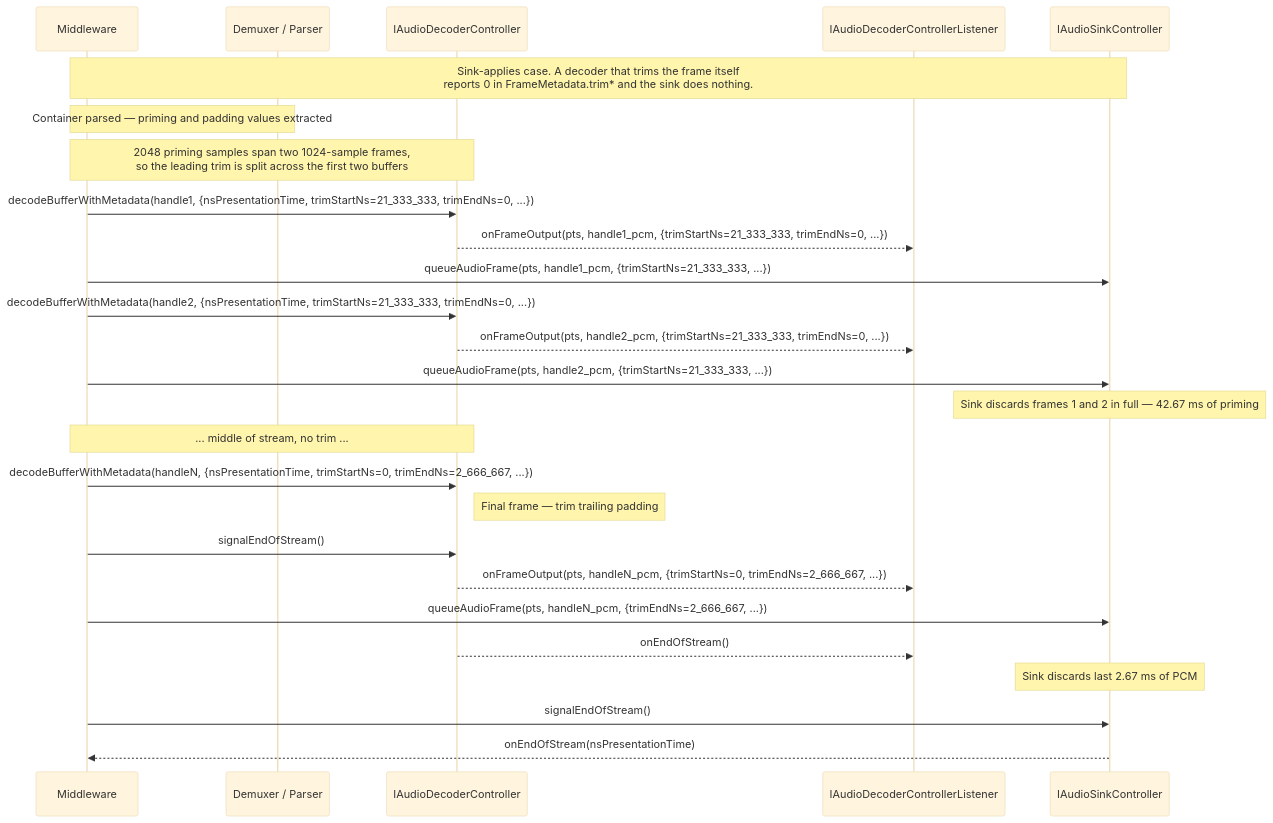
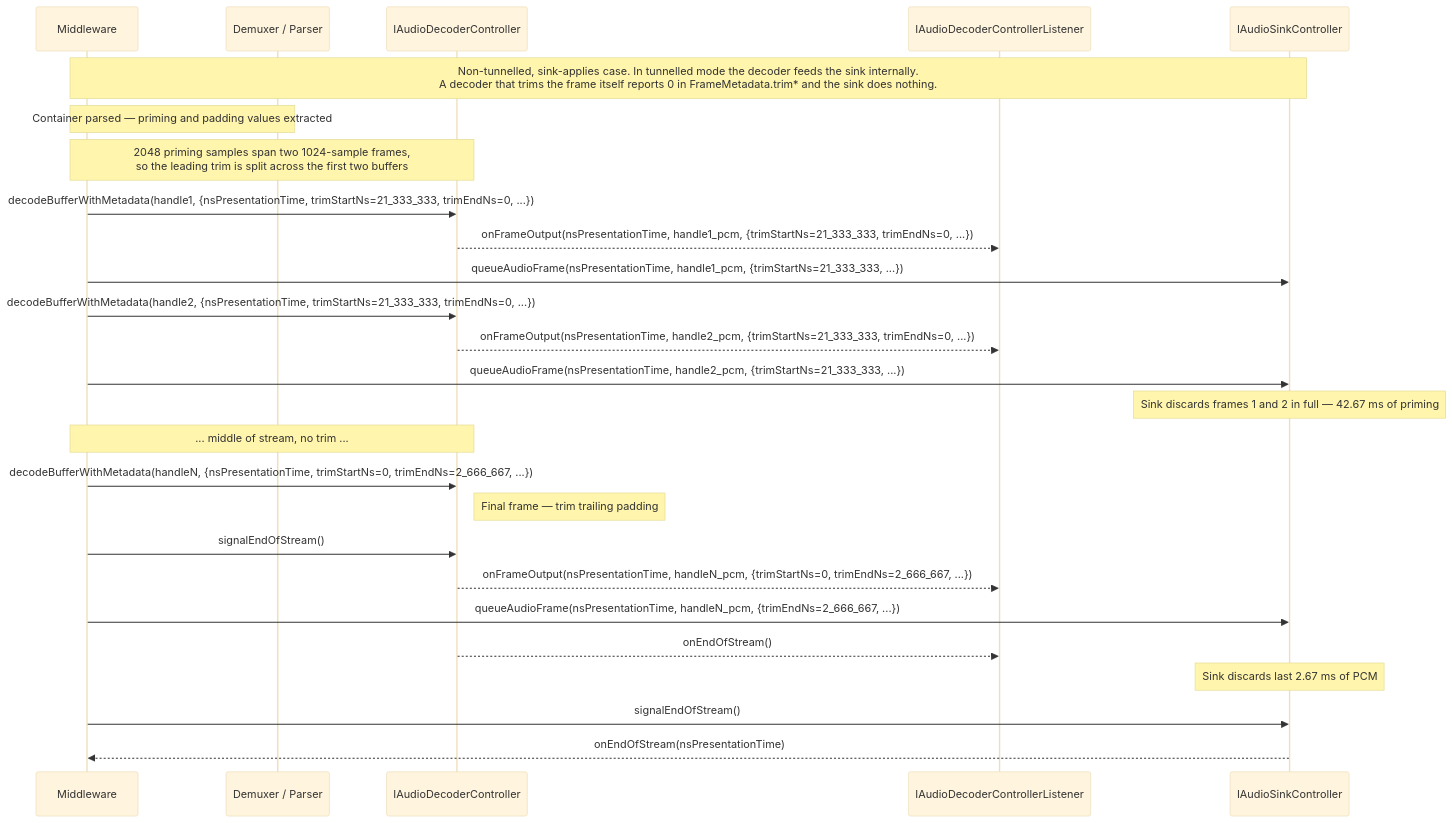
The fourth of 5 diagrams in audiodecoder/current/docs/audio_decoder.md (rdkcentral/rdk-halif-aidl), drawn with Mermaid (base theme) before and after one commit. The commit also changed other lines of this file and 1 other file, not shown here.

````diff
--- a/audiodecoder/current/docs/audio_decoder.md
+++ b/audiodecoder/current/docs/audio_decoder.md
@@ -399,28 +401,28 @@
 ```mermaid
 sequenceDiagram
     participant MW as Middleware
     participant Demux as Demuxer / Parser
     participant Dec as IAudioDecoderController
     participant Listener as IAudioDecoderControllerListener
     participant Sink as IAudioSinkController
-    Note over MW,Sink: Sink-applies case. A decoder that trims the frame itself<br/>reports 0 in FrameMetadata.trim* and the sink does nothing.
+    Note over MW,Sink: Non-tunnelled, sink-applies case. In tunnelled mode the decoder feeds the sink internally.<br/>A decoder that trims the frame itself reports 0 in FrameMetadata.trim* and the sink does nothing.
     Note over MW,Demux: Container parsed — priming and padding values extracted
     Note over MW,Dec: 2048 priming samples span two 1024-sample frames,<br/>so the leading trim is split across the first two buffers
     MW->>Dec: decodeBufferWithMetadata(handle1, {nsPresentationTime, trimStartNs=21_333_333, trimEndNs=0, ...})
-    Dec-->>Listener: onFrameOutput(pts, handle1_pcm, {trimStartNs=21_333_333, trimEndNs=0, ...})
-    MW->>Sink: queueAudioFrame(pts, handle1_pcm, {trimStartNs=21_333_333, ...})
+    Dec-->>Listener: onFrameOutput(nsPresentationTime, handle1_pcm, {trimStartNs=21_333_333, trimEndNs=0, ...})
+    MW->>Sink: queueAudioFrame(nsPresentationTime, handle1_pcm, {trimStartNs=21_333_333, ...})
     MW->>Dec: decodeBufferWithMetadata(handle2, {nsPresentationTime, trimStartNs=21_333_333, trimEndNs=0, ...})
-    Dec-->>Listener: onFrameOutput(pts, handle2_pcm, {trimStartNs=21_333_333, trimEndNs=0, ...})
-    MW->>Sink: queueAudioFrame(pts, handle2_pcm, {trimStartNs=21_333_333, ...})
+    Dec-->>Listener: onFrameOutput(nsPresentationTime, handle2_pcm, {trimStartNs=21_333_333, trimEndNs=0, ...})
+    MW->>Sink: queueAudioFrame(nsPresentationTime, handle2_pcm, {trimStartNs=21_333_333, ...})
     Note over Sink: Sink discards frames 1 and 2 in full — 42.67 ms of priming
     Note over MW,Dec: ... middle of stream, no trim ...
     MW->>Dec: decodeBufferWithMetadata(handleN, {nsPresentationTime, trimStartNs=0, trimEndNs=2_666_667, ...})
     Note right of Dec: Final frame — trim trailing padding
     MW->>Dec: signalEndOfStream()
-    Dec-->>Listener: onFrameOutput(pts, handleN_pcm, {trimStartNs=0, trimEndNs=2_666_667, ...})
-    MW->>Sink: queueAudioFrame(pts, handleN_pcm, {trimEndNs=2_666_667, ...})
+    Dec-->>Listener: onFrameOutput(nsPresentationTime, handleN_pcm, {trimStartNs=0, trimEndNs=2_666_667, ...})
+    MW->>Sink: queueAudioFrame(nsPresentationTime, handleN_pcm, {trimEndNs=2_666_667, ...})
     Dec-->>Listener: onEndOfStream()
     Note over Sink: Sink discards last 2.67 ms of PCM
     MW->>Sink: signalEndOfStream()
     Sink-->>MW: onEndOfStream(nsPresentationTime)
 ```
````
